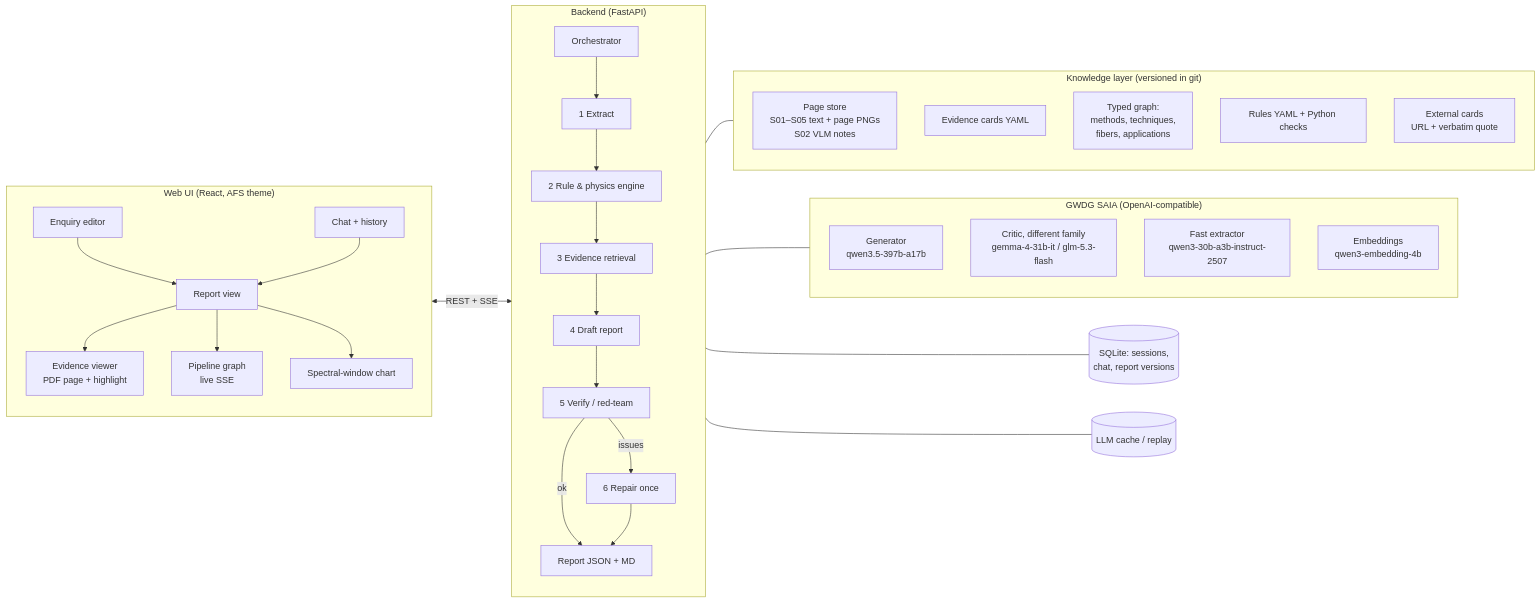
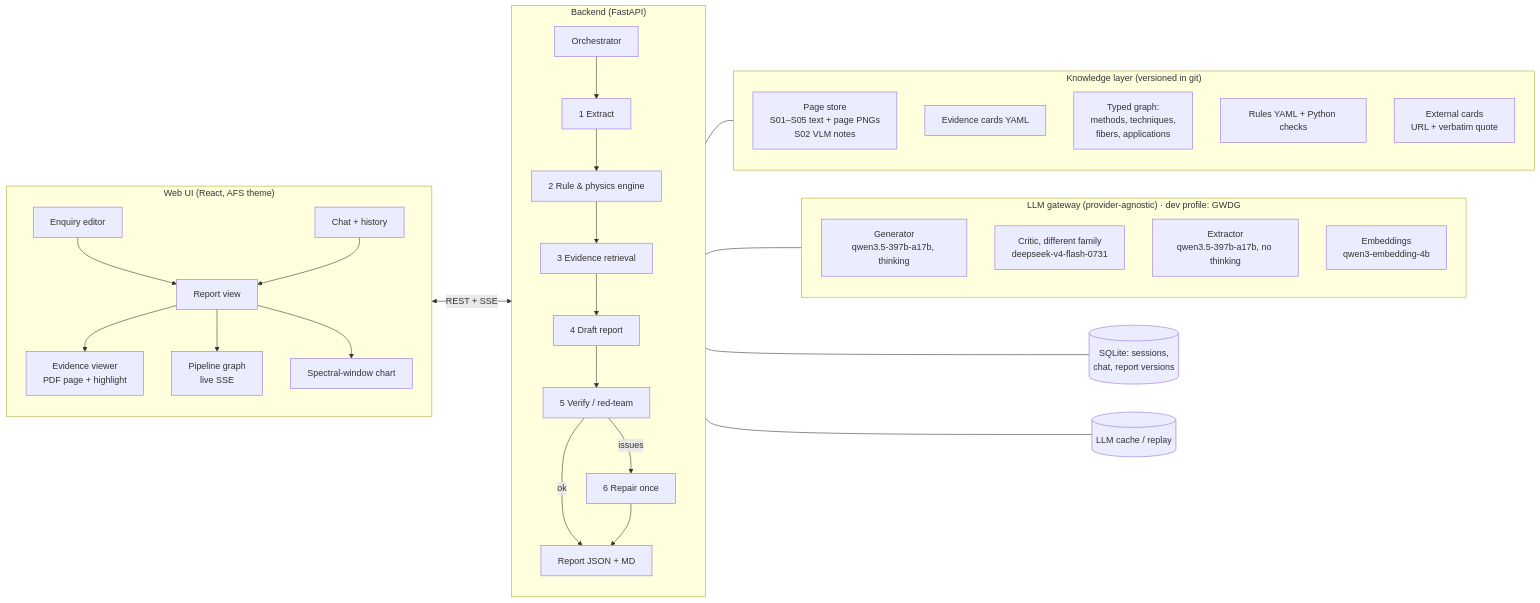
Before and after one commit to m-mahmoud-mohamed/AI-Assistant-for-In-line-Spectroscopy: the first of 2 diagrams in docs/SOLUTION_PLAN.md, drawn with Mermaid. The commit also changed other lines of this file and 2 other files, not shown here.

First line of the commit message:
docs: make LLM layer provider-agnostic and select best GWDG models

````diff
--- a/docs/SOLUTION_PLAN.md
+++ b/docs/SOLUTION_PLAN.md
@@ -141,38 +145,38 @@
 ```mermaid
 flowchart LR
   subgraph UI["Web UI (React, AFS theme)"]
     E[Enquiry editor] --> RV[Report view]
     RV --> EV[Evidence viewer<br/>PDF page + highlight]
     RV --> PV[Pipeline graph<br/>live SSE]
     RV --> SW[Spectral-window chart]
     CH[Chat + history] --> RV
   end
   subgraph API["Backend (FastAPI)"]
     O[Orchestrator] --> S1[1 Extract]
     S1 --> S2[2 Rule & physics engine]
     S2 --> S3[3 Evidence retrieval]
     S3 --> S4[4 Draft report]
     S4 --> S5[5 Verify / red-team]
     S5 -->|issues| S6[6 Repair once]
     S5 -->|ok| OUT[Report JSON + MD]
     S6 --> OUT
   end
   subgraph KB["Knowledge layer (versioned in git)"]
     P[Page store<br/>S01–S05 text + page PNGs<br/>S02 VLM notes]
     C[Evidence cards YAML]
     G[Typed graph:<br/>methods, techniques,<br/>fibers, applications]
     R[Rules YAML + Python checks]
     X[External cards<br/>URL + verbatim quote]
   end
-  subgraph LLM["GWDG SAIA (OpenAI-compatible)"]
-    M1[Generator<br/>qwen3.5-397b-a17b]
-    M2[Critic, different family<br/>gemma-4-31b-it / glm-5.3-flash]
-    M3[Fast extractor<br/>qwen3-30b-a3b-instruct-2507]
+  subgraph LLM["LLM gateway (provider-agnostic) · dev profile: GWDG"]
+    M1[Generator<br/>qwen3.5-397b-a17b, thinking]
+    M2[Critic, different family<br/>deepseek-v4-flash-0731]
+    M3[Extractor<br/>qwen3.5-397b-a17b, no thinking]
     M4[Embeddings<br/>qwen3-embedding-4b]
   end
   UI <-->|REST + SSE| API
   API --- KB
   API --- LLM
   API --- DB[(SQLite: sessions,<br/>chat, report versions)]
   API --- CA[(LLM cache / replay)]
 ```
````
